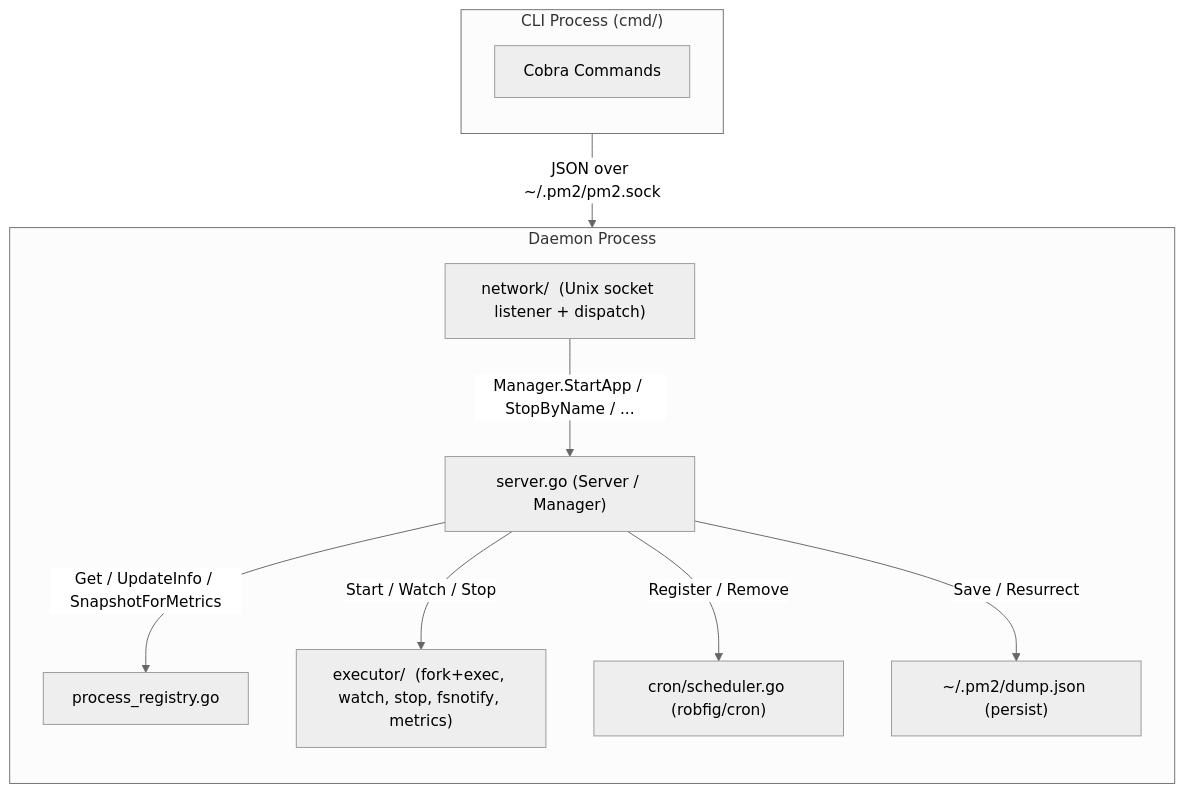
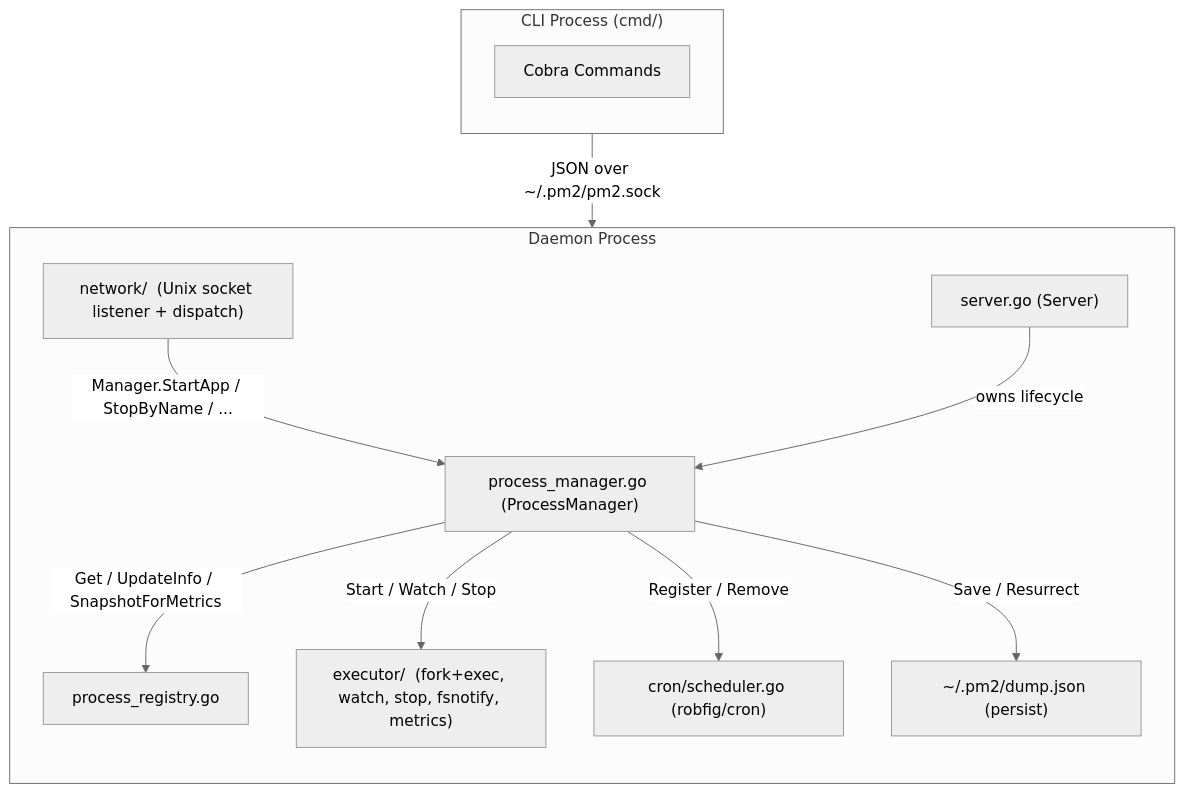
One commit to BizShuk/pm2 changed the diagram in CLAUDE.md. Above: the diagram before and after it, drawn with Mermaid (neutral theme). The commit also changed other lines of this file and 10 other files, not shown here.

````diff
--- a/CLAUDE.md
+++ b/CLAUDE.md
@@ -11,25 +11,27 @@
 ```mermaid
 flowchart TD
     subgraph CLI ["CLI Process (cmd/)"]
         direction TB
         C["Cobra Commands"]
     end
 
     subgraph Daemon ["Daemon Process"]
         direction TB
         N["network/  (Unix socket listener + dispatch)"]
-        S["server.go (Server / Manager)"]
+        S["server.go (Server)"]
+        PM["process_manager.go (ProcessManager)"]
         R["process_registry.go"]
         E["executor/  (fork+exec, watch, stop, fsnotify, metrics)"]
         CR["cron/scheduler.go (robfig/cron)"]
         D["~/.pm2/dump.json (persist)"]
 
-        N -->|"Manager.StartApp / StopByName / ..."| S
-        S -->|"Get / UpdateInfo / SnapshotForMetrics"| R
-        S -->|"Start / Watch / Stop"| E
-        S -->|"Register / Remove"| CR
-        S -->|"Save / Resurrect"| D
+        N -->|"Manager.StartApp / StopByName / ..."| PM
+        S -->|"owns lifecycle"| PM
+        PM -->|"Get / UpdateInfo / SnapshotForMetrics"| R
+        PM -->|"Start / Watch / Stop"| E
+        PM -->|"Register / Remove"| CR
+        PM -->|"Save / Resurrect"| D
     end
 
     C -- "JSON over ~/.pm2/pm2.sock" --> N
 ```
````
